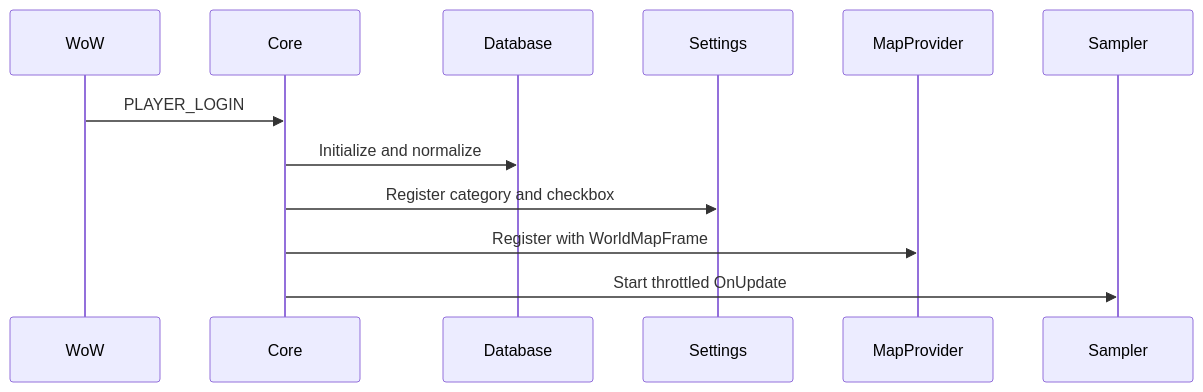
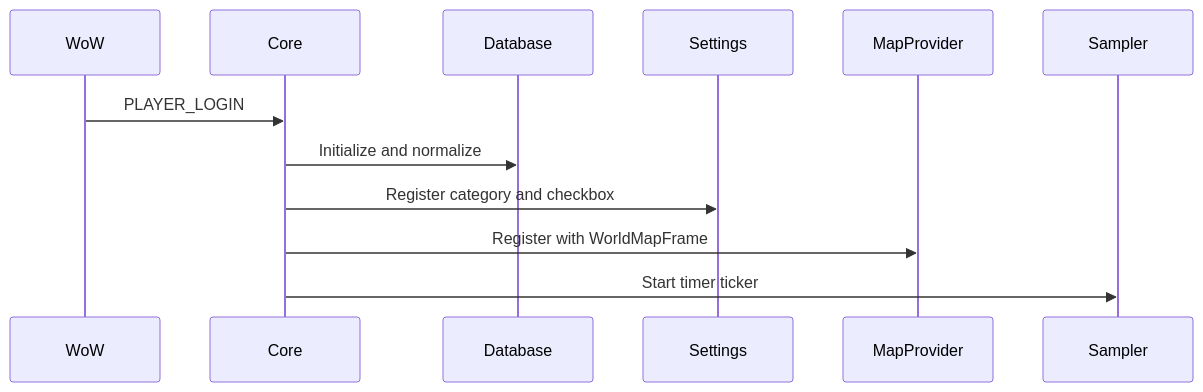
One commit to Anduin-Webworks/explorer-footprint changed the diagram in docs/development/architecture.md. Above: the diagram before and after it, drawn with Mermaid. The commit also changed other lines of this file and 19 other files, not shown here.

````diff
--- a/docs/development/architecture.md
+++ b/docs/development/architecture.md
@@ -21,15 +22,15 @@
 ```mermaid
 sequenceDiagram
     participant WoW
     participant Core
     participant DB as Database
     participant Settings
     participant Map as MapProvider
     participant Sampler
 
     WoW->>Core: PLAYER_LOGIN
     Core->>DB: Initialize and normalize
     Core->>Settings: Register category and checkbox
     Core->>Map: Register with WorldMapFrame
-    Core->>Sampler: Start throttled OnUpdate
+    Core->>Sampler: Start timer ticker
 ```
````
